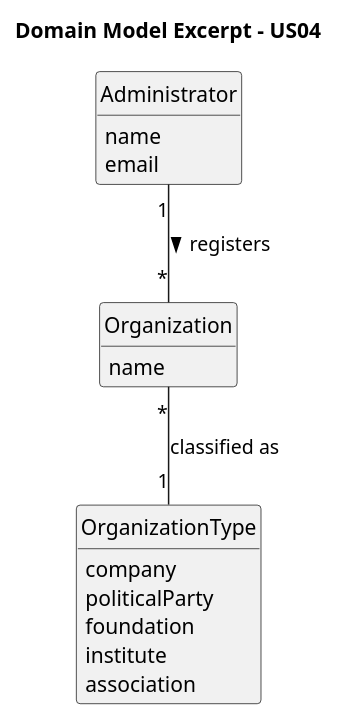
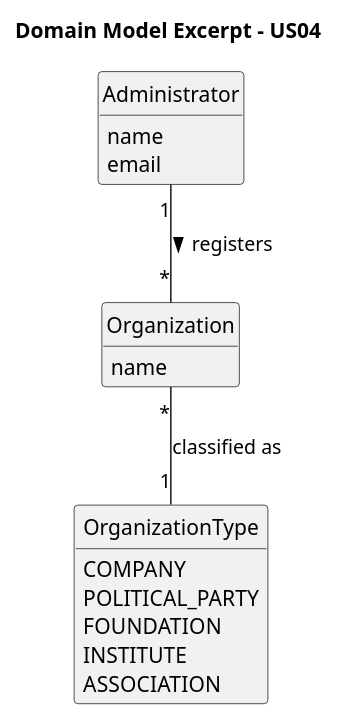
The diagram in docs/system-documentation/US04/02.analysis/puml/US04-DM.puml (brunodspinto/crystal-clear-platform), drawn with PlantUML before and after one commit. The commit also changed 18 other files, not shown here.

```diff
--- a/docs/system-documentation/US04/02.analysis/puml/US04-DM.puml
+++ b/docs/system-documentation/US04/02.analysis/puml/US04-DM.puml
@@ -1,33 +1,33 @@
 @startuml
 skinparam monochrome true
 skinparam packageStyle rectangle
 skinparam shadowing false
 skinparam classAttributeIconSize 0
 
 hide circle
 hide methods
 
 title Domain Model Excerpt - US04
 
 class Administrator {
     name
     email
 }
 
 class Organization {
     name
 }
 
 enum OrganizationType {
-    company
-    politicalParty
-    foundation
-    institute
-    association
+    COMPANY
+    POLITICAL_PARTY
+    FOUNDATION
+    INSTITUTE
+    ASSOCIATION
 }
 
 Administrator "1" -- "*" Organization : registers >
 
 Organization "*" -- "1" OrganizationType : classified as
 
 @enduml
```
